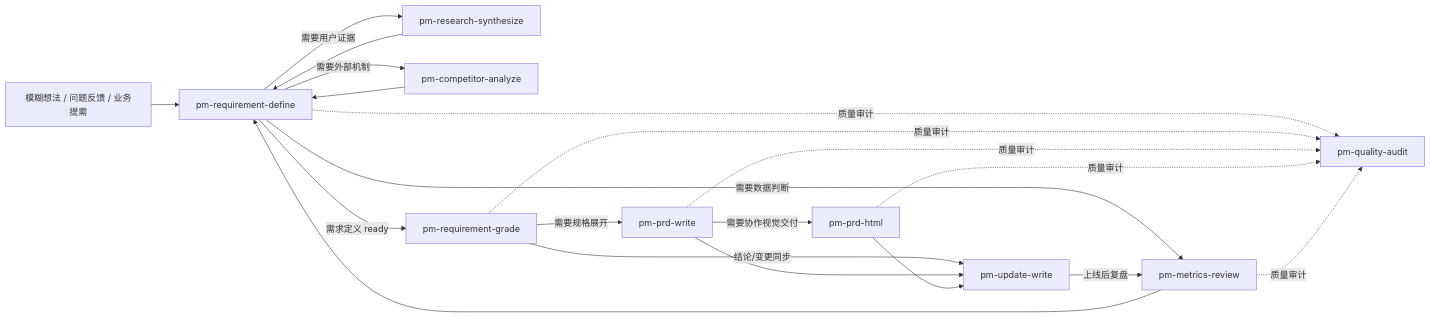
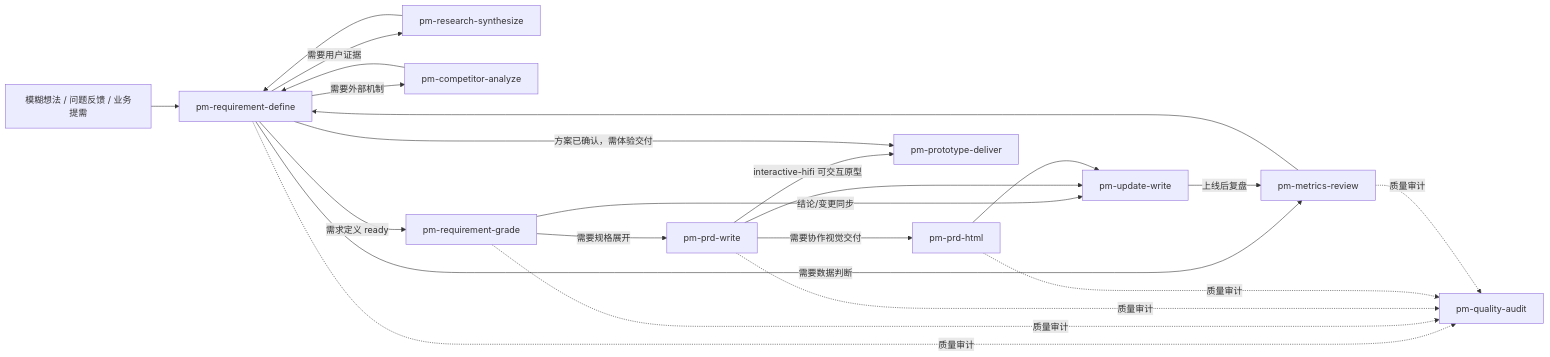
One commit to olga0107/pm-workflow-skills changed the diagram in WORKFLOW_GUIDE.md. Above: the diagram before and after it, drawn with Mermaid. The commit also changed other lines of this file and 9 other files, not shown here.

First line of the commit message:
feat(pm-prototype-deliver): 沉淀探索页案例——新增可交互原型交付面与诉求传达指南

````diff
--- a/WORKFLOW_GUIDE.md
+++ b/WORKFLOW_GUIDE.md
@@ -7,22 +7,24 @@
 ```mermaid
 flowchart LR
   A["模糊想法 / 问题反馈 / 业务提需"] --> D["pm-requirement-define"]
   D -- "需要用户证据" --> R["pm-research-synthesize"]
   D -- "需要外部机制" --> C["pm-competitor-analyze"]
   D -- "需要数据判断" --> M["pm-metrics-review"]
   R --> D
   C --> D
   M --> D
   D -- "需求定义 ready" --> G["pm-requirement-grade"]
   G -- "需要规格展开" --> P["pm-prd-write"]
   P -- "需要协作视觉交付" --> H["pm-prd-html"]
+  P -- "interactive-hifi 可交互原型" --> X["pm-prototype-deliver"]
+  D -- "方案已确认，需体验交付" --> X
   G -- "结论/变更同步" --> U["pm-update-write"]
   P --> U
   H --> U
   U -- "上线后复盘" --> M
   D -. "质量审计" .-> Q["pm-quality-audit"]
   G -. "质量审计" .-> Q
   P -. "质量审计" .-> Q
   H -. "质量审计" .-> Q
   M -. "质量审计" .-> Q
 ```
````
